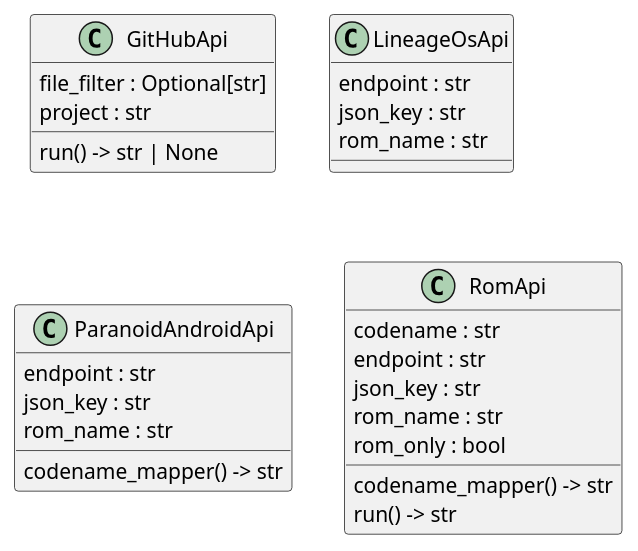
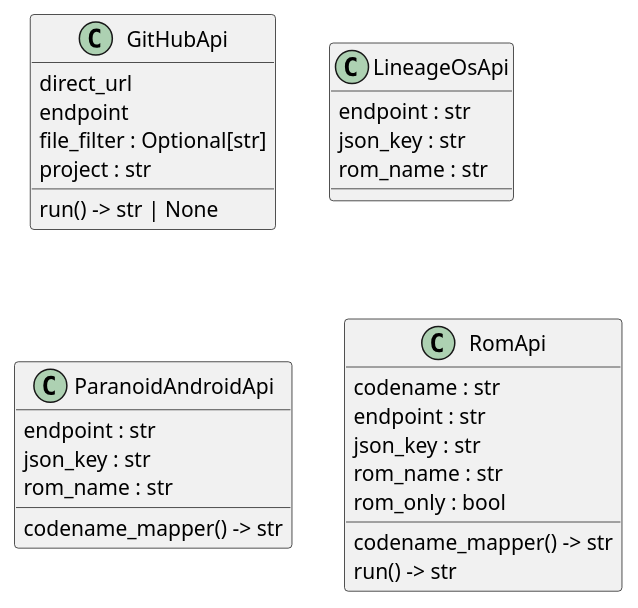
The diagram in docs/architecture/clients/classes.puml (seppzer0/zero_kernel), drawn with PlantUML before and after one commit.

Commit message:
docs: update class diagrams

```diff
--- a/docs/architecture/clients/classes.puml
+++ b/docs/architecture/clients/classes.puml
@@ -1,28 +1,30 @@
 @startuml classes
 set namespaceSeparator none
 class "GitHubApi" as clients.github.GitHubApi {
+  direct_url
+  endpoint
   file_filter : Optional[str]
   project : str
   run() -> str | None
 }
 class "LineageOsApi" as clients.los.LineageOsApi {
   endpoint : str
   json_key : str
   rom_name : str
 }
 class "ParanoidAndroidApi" as clients.pa.ParanoidAndroidApi {
   endpoint : str
   json_key : str
   rom_name : str
   codename_mapper() -> str
 }
 class "RomApi" as clients.rom_api.RomApi {
   codename : str
   endpoint : str
   json_key : str
   rom_name : str
   rom_only : bool
   codename_mapper() -> str
   run() -> str
 }
 @enduml
```
